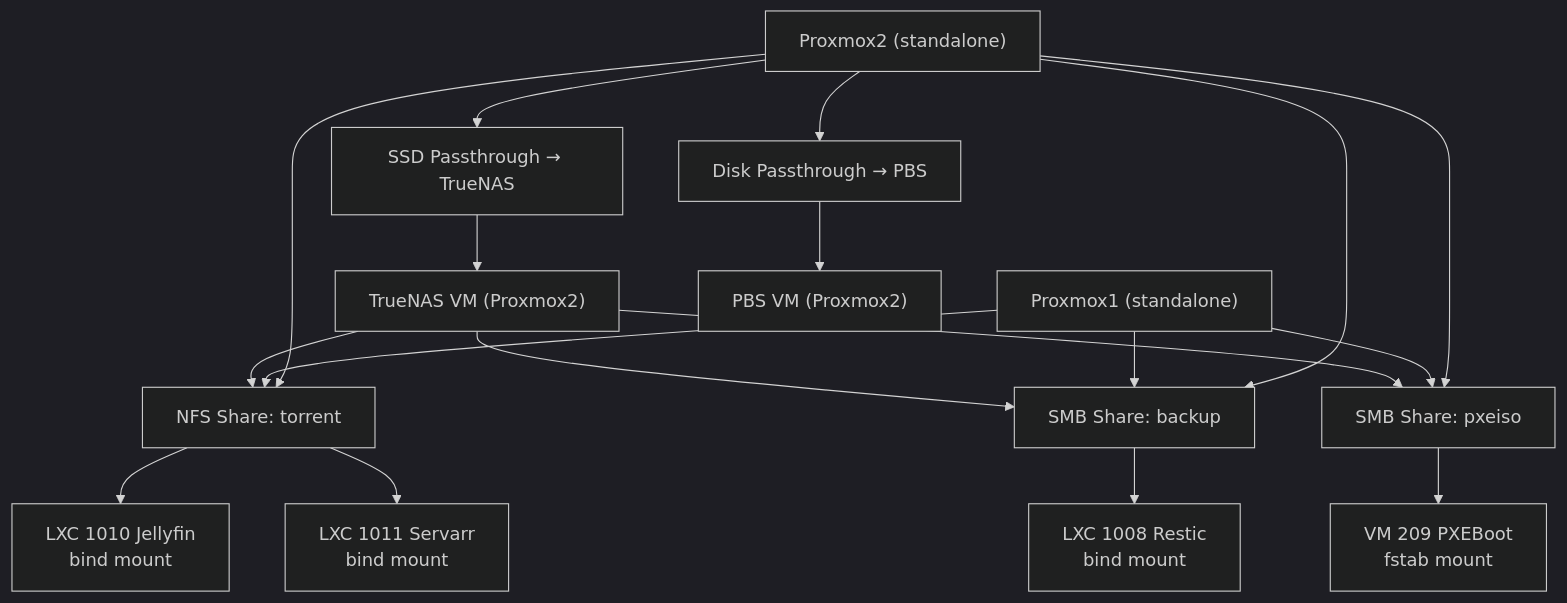
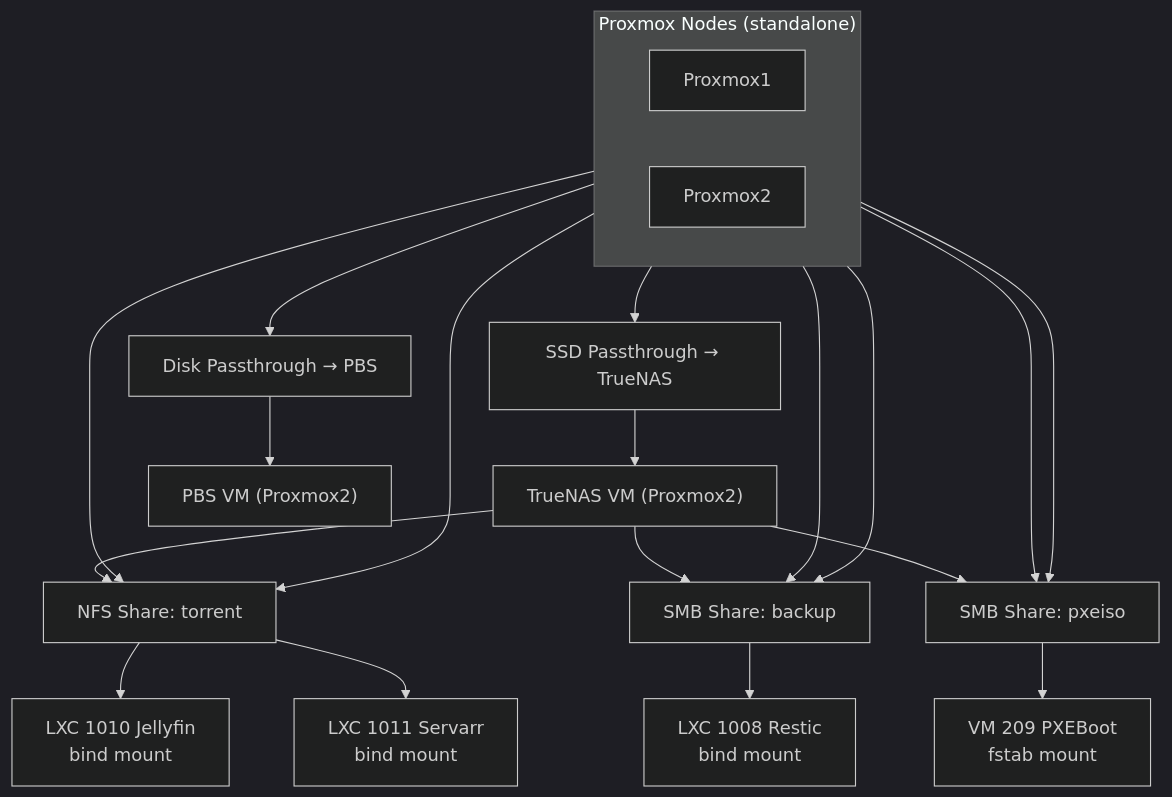
The diagram in 13-Design_Decisions/README_HU.md (torokrolf/homelab), drawn with Mermaid (dark theme) before and after one commit.

````diff
--- a/13-Design_Decisions/README_HU.md
+++ b/13-Design_Decisions/README_HU.md
@@ -59,43 +59,46 @@
 ```mermaid
 flowchart TB
 
-    %% Top row: standalone Proxmox nodes
-    PVE1["Proxmox1 (standalone)"]
-    PVE2["Proxmox2 (standalone)"]
+    %% Top row: Proxmox nodes side by side
+    subgraph PROXMOX["Proxmox Nodes (standalone)"]
+        direction LR
+        PVE1["Proxmox1"]
+        PVE2["Proxmox2"]
+    end
 
     %% Passthrough disks on PVE2
     SSD_TRUENAS["SSD Passthrough → TrueNAS"]
     SSD_PBS["Disk Passthrough → PBS"]
 
     TRUENAS_VM["TrueNAS VM (Proxmox2)"]
     PBS_VM["PBS VM (Proxmox2)"]
 
     %% Passthrough connections
     PVE2 --> SSD_TRUENAS --> TRUENAS_VM
     PVE2 --> SSD_PBS --> PBS_VM
 
     %% TrueNAS storage exports
     TRUENAS_VM --> NFS["NFS Share: torrent"]
     TRUENAS_VM --> SMB1["SMB Share: backup"]
     TRUENAS_VM --> SMB2["SMB Share: pxeiso"]
 
     %% Both Proxmox nodes mount the shares
     PVE1 --> NFS
     PVE1 --> SMB1
     PVE1 --> SMB2
 
     PVE2 --> NFS
     PVE2 --> SMB1
     PVE2 --> SMB2
 
     %% Consumers
     JELLY["LXC 1010 Jellyfin\nbind mount"]
     SERVARR["LXC 1011 Servarr\nbind mount"]
     RESTIC["LXC 1008 Restic\nbind mount"]
     PXEVM["VM 209 PXEBoot\nfstab mount"]
 
     NFS --> JELLY
     NFS --> SERVARR
     SMB1 --> RESTIC
     SMB2 --> PXEVM
 ```
````
